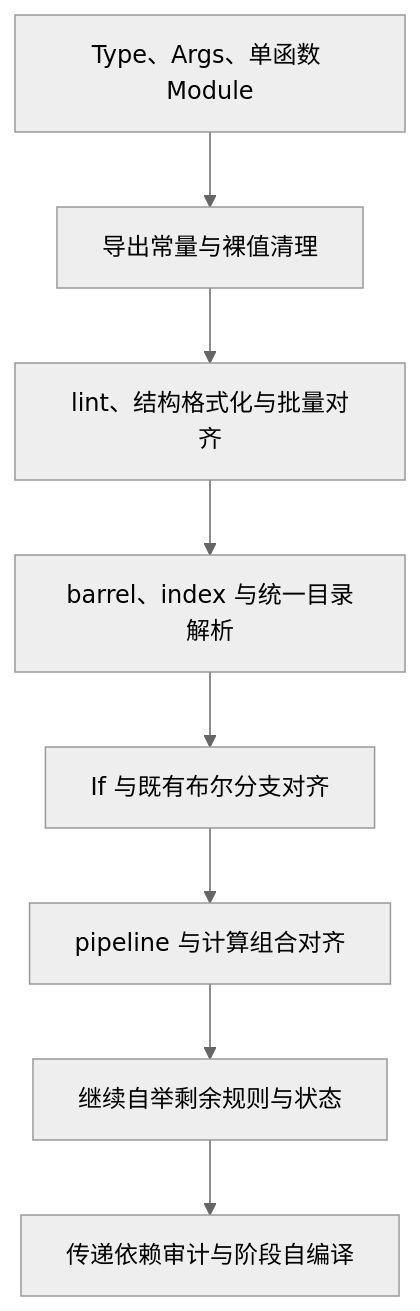
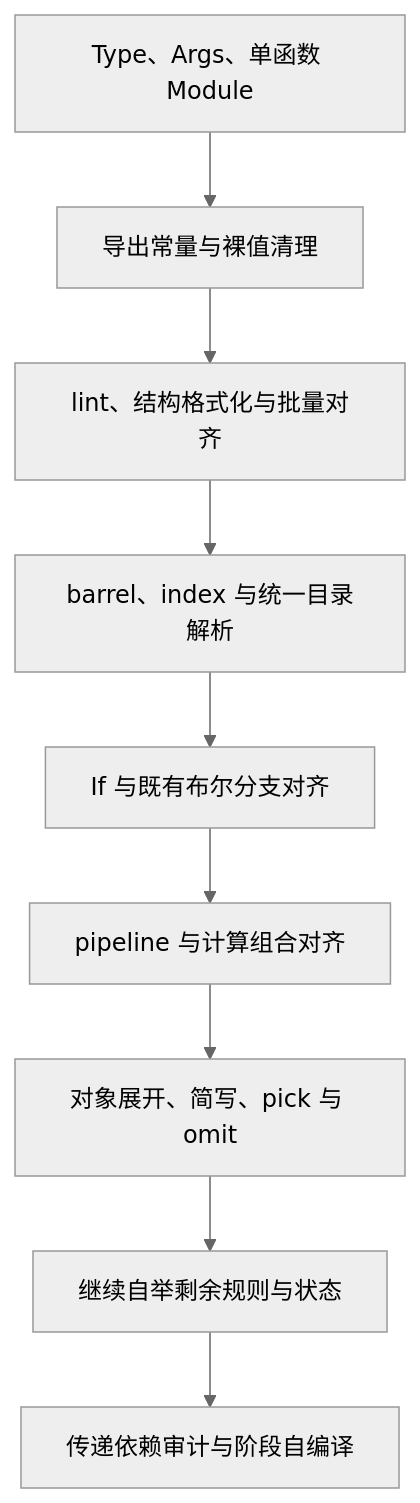
Before and after one commit to MatrixAges/zxc: the first of 2 diagrams in docs/2026-10-31/新增语言需求实施清单.md, drawn with Mermaid (neutral theme). The commit also changed other lines of this file and 83 other files, not shown here.

````diff
--- a/docs/2026-10-31/新增语言需求实施清单.md
+++ b/docs/2026-10-31/新增语言需求实施清单.md
@@ -102,10 +112,11 @@
 ```mermaid
 flowchart TD
     T[Type、Args、单函数 Module] --> C[导出常量与裸值清理]
     C --> F[lint、结构格式化与批量对齐]
     F --> B[barrel、index 与统一目录解析]
     B --> I[If 与既有布尔分支对齐]
     I --> P[pipeline 与计算组合对齐]
-    P --> S[继续自举剩余规则与状态]
+    P --> O[对象展开、简写、pick 与 omit]
+    O --> S[继续自举剩余规则与状态]
     S --> A[传递依赖审计与阶段自编译]
 ```
````
